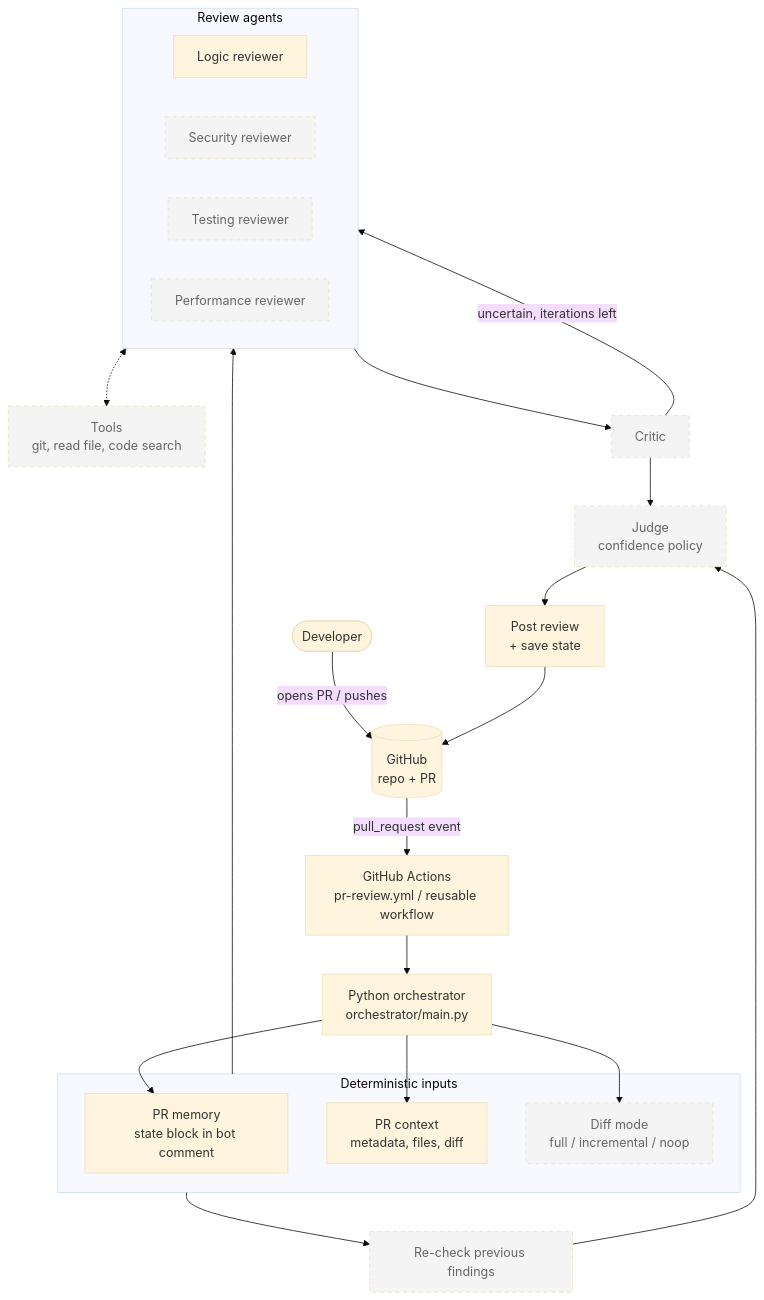
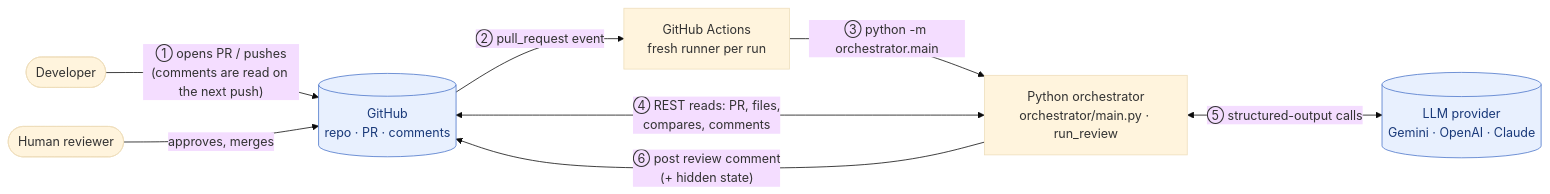
One commit to bryanChatsirichai/github_agentic_pr_reviewer changed the second of 14 diagrams in docs/agentic-pr-review-system-design.v1.md. Above: the diagram before and after it, drawn with Mermaid (base theme). The commit also changed other lines of this file and 3 other files, not shown here.

Commit message:
Docs: Update architecture and roadmap

````diff
--- a/docs/agentic-pr-review-system-design.v1.md
+++ b/docs/agentic-pr-review-system-design.v1.md
@@ -107,33 +97,13 @@
 ```mermaid
-flowchart TB
-    dev([Developer]) -->|opens PR / pushes| GH[("GitHub<br/>repo + PR")]
-    GH -->|pull_request event| GA["GitHub Actions<br/>pr-review.yml / reusable workflow"]
-    GA --> ORCH["Python orchestrator<br/>orchestrator/main.py"]
+flowchart LR
+    dev([Developer]) -->|"① opens PR / pushes<br/>(comments are read on the next push)"| GH[("GitHub<br/>repo · PR · comments")]
+    GH -->|"② pull_request event"| GA["GitHub Actions<br/>fresh runner per run"]
+    GA -->|"③ python -m orchestrator.main"| ORCH["Python orchestrator<br/>orchestrator/main.py · run_review"]
+    ORCH <-->|"④ REST reads: PR, files,<br/>compares, comments"| GH
+    ORCH <-->|"⑤ structured-output calls"| LLM[("LLM provider<br/>Gemini · OpenAI · Claude")]
+    ORCH -->|"⑥ post review comment<br/>(+ hidden state)"| GH
+    human([Human reviewer]) -->|approves, merges| GH
 
-    subgraph inputs [Deterministic inputs]
-        MEM["PR memory<br/>state block in bot comment"]
-        CTX["PR context<br/>metadata, files, diff"]
-        DIFF["Diff mode<br/>full / incremental / noop"]
-    end
-    ORCH --> MEM & CTX & DIFF
-
-    subgraph agents [Review agents]
-        LOG[Logic reviewer]
-        SEC[Security reviewer]
-        TST[Testing reviewer]
-        PERF[Performance reviewer]
-    end
-    inputs --> agents
-    inputs --> RC[Re-check previous findings]
-    TOOLS["Tools<br/>git, read file, code search"]
-    agents <-.-> TOOLS
-    agents --> CRIT[Critic]
-    CRIT -->|uncertain, iterations left| agents
-    CRIT --> JUDGE["Judge<br/>confidence policy"]
-    RC --> JUDGE
-    JUDGE --> POST["Post review<br/>+ save state"]
-    POST --> GH
-
-    classDef planned stroke-dasharray: 5 5,fill:#f4f4f4,color:#666
-    class DIFF,SEC,TST,PERF,RC,TOOLS,CRIT,JUDGE planned
+    classDef ext fill:#e8f0fe,stroke:#4a74c9,color:#1a3a7a
+    class GH,LLM ext
 ```
````
